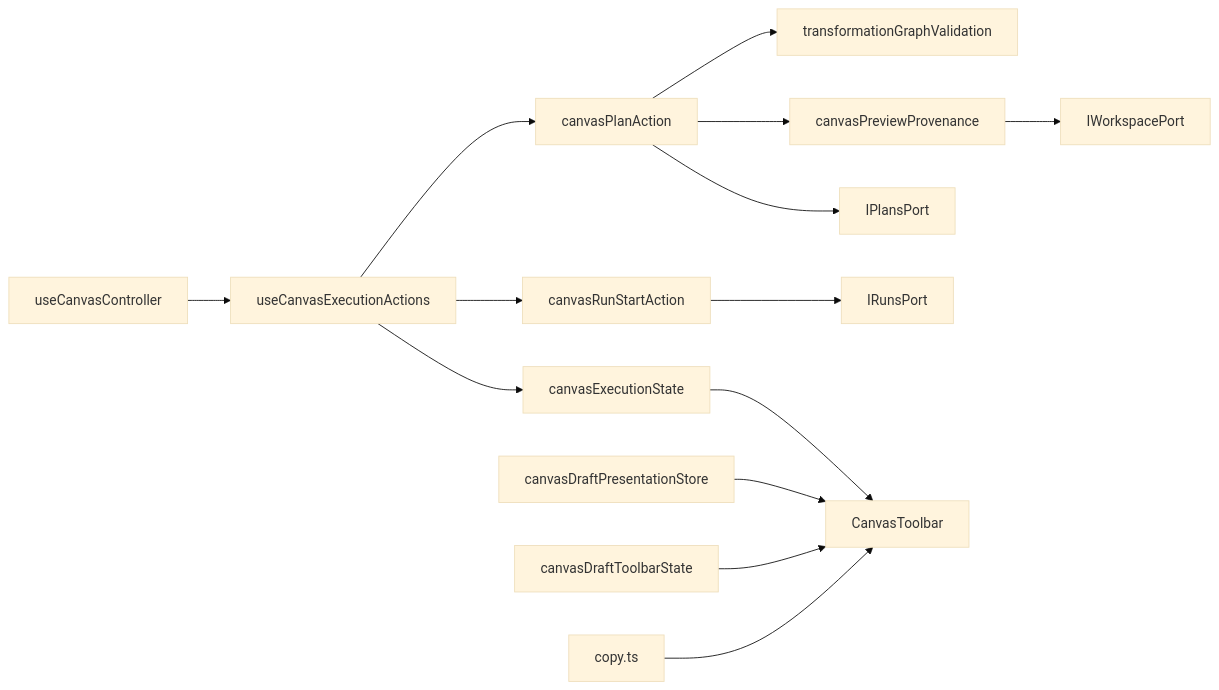
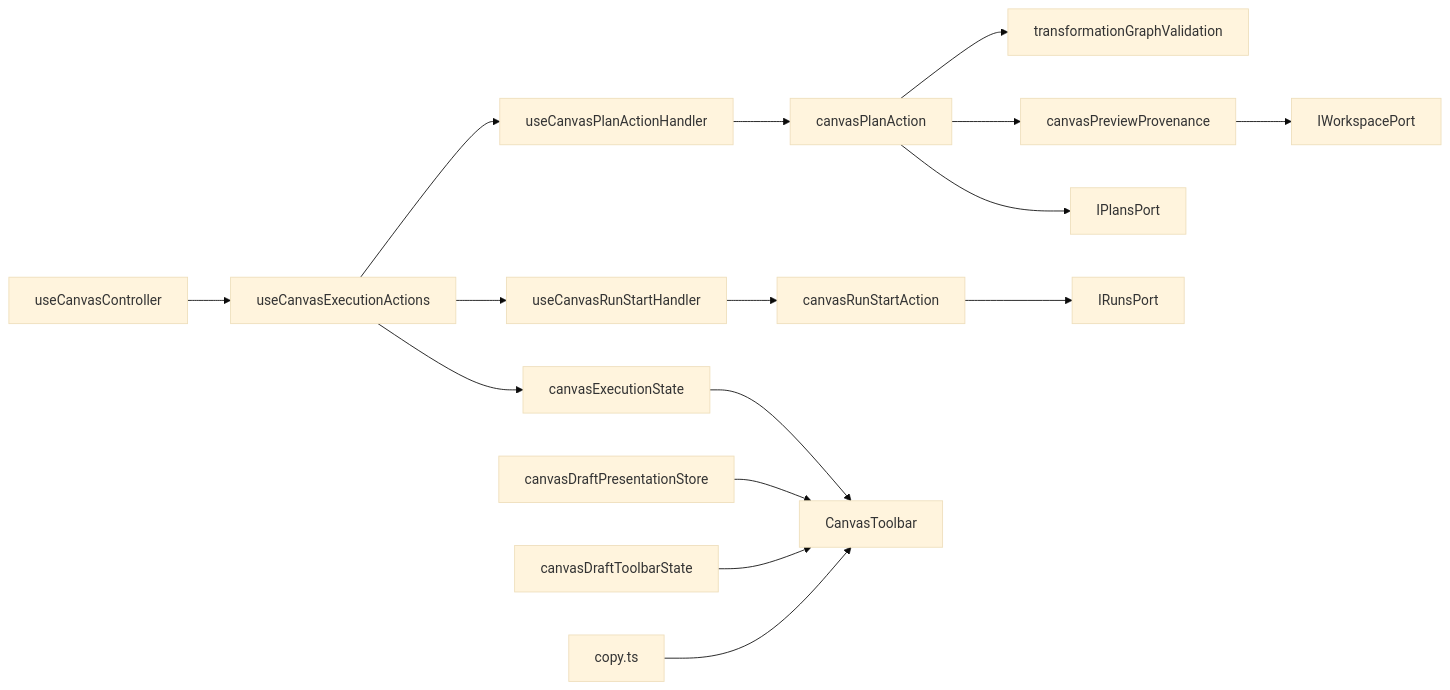
One commit to dunay2/dvt changed the seventh of 8 diagrams in docs/architecture/components/web/graph/canvas-controller-current-to-target-architecture.md. Above: the diagram before and after it, drawn with Mermaid (base theme). The commit also changed other lines of this file and 8 other files, not shown here.

````diff
--- a/docs/architecture/components/web/graph/canvas-controller-current-to-target-architecture.md
+++ b/docs/architecture/components/web/graph/canvas-controller-current-to-target-architecture.md
@@ -531,16 +541,18 @@
 ```mermaid
 flowchart LR
   Controller["useCanvasController"] --> Exec["useCanvasExecutionActions"]
   Exec --> ExecState["canvasExecutionState"]
-  Exec --> PlanAction["canvasPlanAction"]
-  Exec --> RunAction["canvasRunStartAction"]
+  Exec --> PlanHandler["useCanvasPlanActionHandler"]
+  Exec --> RunHandler["useCanvasRunStartHandler"]
+  PlanHandler --> PlanAction["canvasPlanAction"]
+  RunHandler --> RunAction["canvasRunStartAction"]
   PlanAction --> Validation["transformationGraphValidation"]
   PlanAction --> Provenance["canvasPreviewProvenance"]
   Provenance --> Workspace["IWorkspacePort"]
   PlanAction --> Plans["IPlansPort"]
   RunAction --> Runs["IRunsPort"]
   ExecState --> Toolbar["CanvasToolbar"]
   DraftStore["canvasDraftPresentationStore"] --> Toolbar
   DraftToolbar["canvasDraftToolbarState"] --> Toolbar
   Copy["copy.ts"] --> Toolbar
 ```
````
